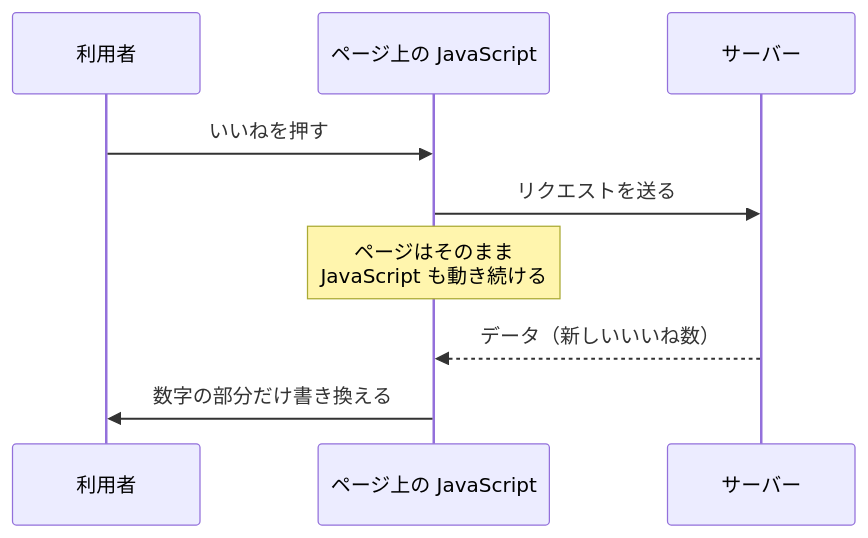
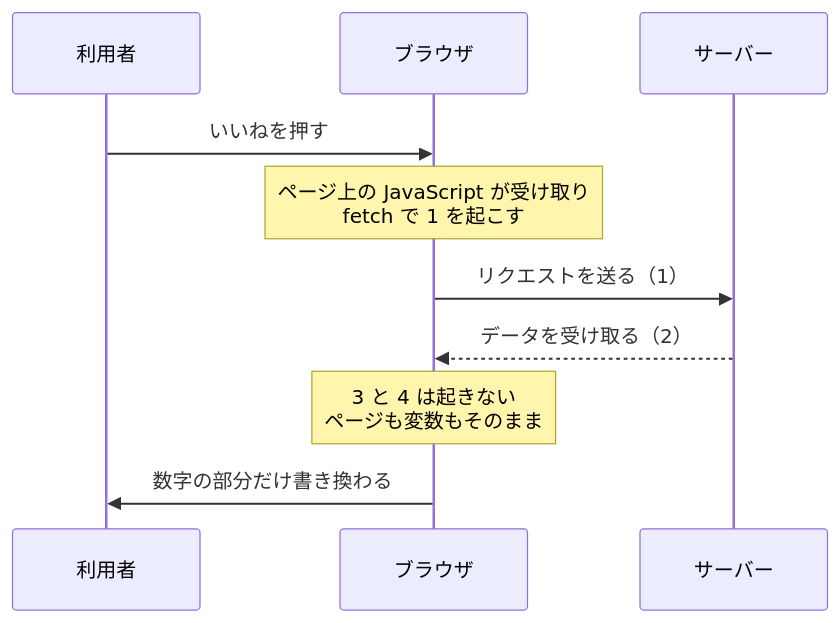
One commit to ozaki25/web-front-training-ozaki25 changed the second of 2 diagrams in docs/drafts/172/index.md. Above: the diagram before and after it, drawn with Mermaid. The commit also changed other lines of this file, not shown here.

````diff
--- a/docs/drafts/172/index.md
+++ b/docs/drafts/172/index.md
@@ -88,11 +88,12 @@
 ```mermaid
 sequenceDiagram
   participant U as 利用者
-  participant J as ページ上の JavaScript
+  participant B as ブラウザ
   participant S as サーバー
-  U->>J: いいねを押す
-  J->>S: リクエストを送る
-  Note over J: ページはそのまま<br/>JavaScript も動き続ける
-  S-->>J: データ（新しいいいね数）
-  J->>U: 数字の部分だけ書き換える
+  U->>B: いいねを押す
+  Note over B: ページ上の JavaScript が受け取り<br/>fetch で 1 を起こす
+  B->>S: リクエストを送る（1）
+  S-->>B: データを受け取る（2）
+  Note over B: 3 と 4 は起きない<br/>ページも変数もそのまま
+  B->>U: 数字の部分だけ書き換わる
 ```
````
